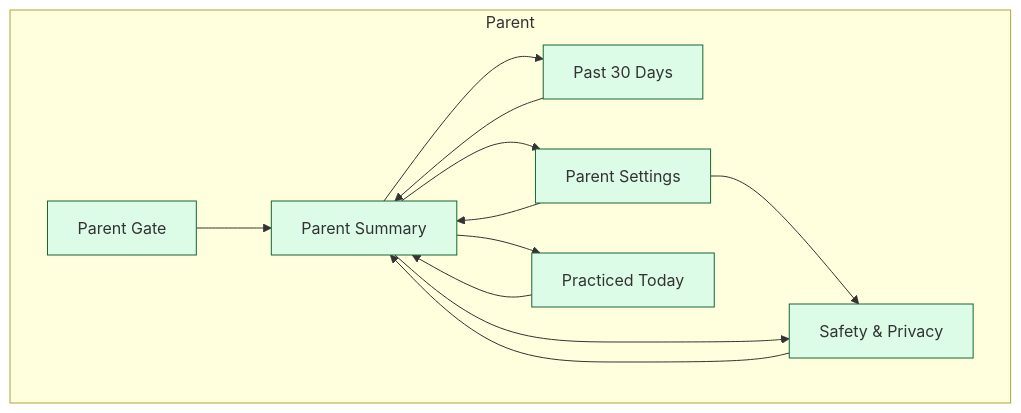
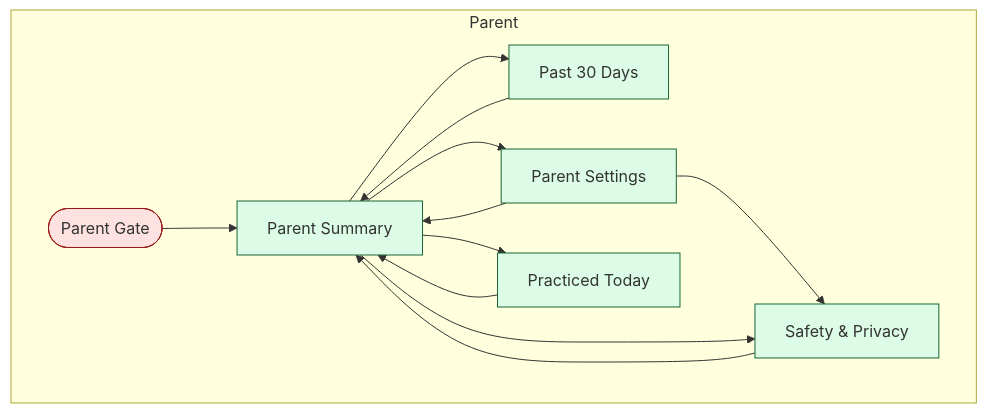
The diagram in tbot-design/docs/flows/domains/parent/flow.mmd (JSR-Algo/TJBOT-Mobile), drawn with Mermaid before and after one commit. The commit also changed 31 other files, not shown here.

First line of the commit message:
flows(fixes): C1+C2+C6+R8 — kind-drop bug, edge classification, backend-leak linter, untracked policy

```diff
--- a/tbot-design/docs/flows/domains/parent/flow.mmd
+++ b/tbot-design/docs/flows/domains/parent/flow.mmd
@@ -1,28 +1,29 @@
-%% GENERATED FROM nav-graph-data.json sha=747476d6c24a. Do not edit by hand.
+%% GENERATED FROM nav-graph-data.json sha=9cfd302d222f. Do not edit by hand.
 %% domain: parent
 flowchart TD
   classDef happy fill:#dcfce7,stroke:#166534
   classDef edge  fill:#fee2e2,stroke:#991b1b
   subgraph Parent["Parent"]
-    parent_gate["Parent Gate"]
+    parent_gate(["Parent Gate"])
     parent_history["Past 30 Days"]
     parent_safety["Safety & Privacy"]
     parent_settings["Parent Settings"]
     parent_summary["Parent Summary"]
     parent_today["Practiced Today"]
   end
   parent_gate --> parent_summary
   parent_history --> parent_summary
   parent_safety --> parent_summary
   parent_settings --> parent_safety
   parent_settings --> parent_summary
   parent_summary --> parent_history
   parent_summary --> parent_safety
   parent_summary --> parent_settings
   parent_summary --> parent_today
   parent_today --> parent_summary
-  class parent_gate,parent_history,parent_safety,parent_settings,parent_summary,parent_today happy
+  class parent_history,parent_safety,parent_settings,parent_summary,parent_today happy
+  class parent_gate edge
 
 %% cross-domain outbound (handled in shared/cross-domain.flow.mmd):
 %%   parent_gate -> home_hub_idle (home)
 %%   parent_summary -> home_hub_idle (home)
```
